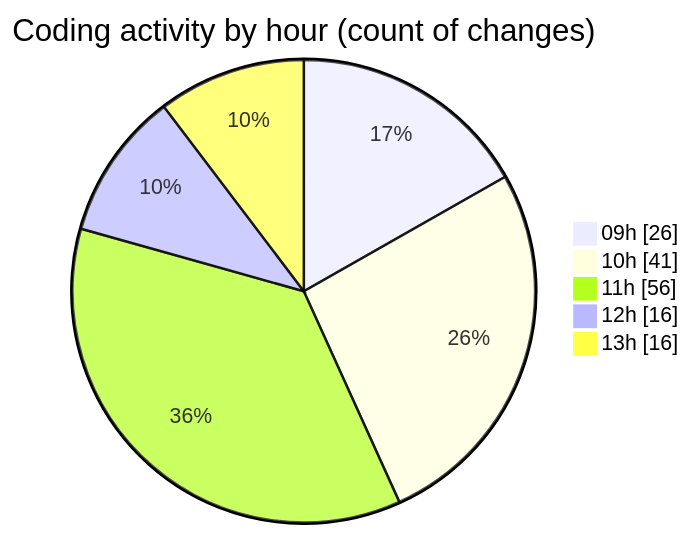
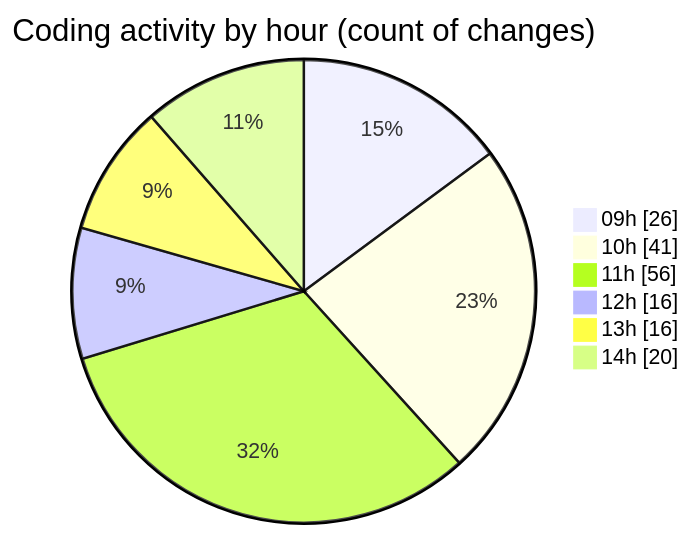
One commit to momahboobian/code-tracking changed the second of 2 diagrams in 2026-05-12/cda/README.md. Above: the diagram before and after it, drawn with Mermaid. The commit also changed other lines of this file and 1 other file, not shown here.

````diff
--- a/2026-05-12/cda/README.md
+++ b/2026-05-12/cda/README.md
@@ -65,9 +65,10 @@
 ```mermaid
 pie showData
 title Coding activity by hour (count of changes)
 "09h" : 26
 "10h" : 41
 "11h" : 56
 "12h" : 16
 "13h" : 16
+"14h" : 20
 ```
````
